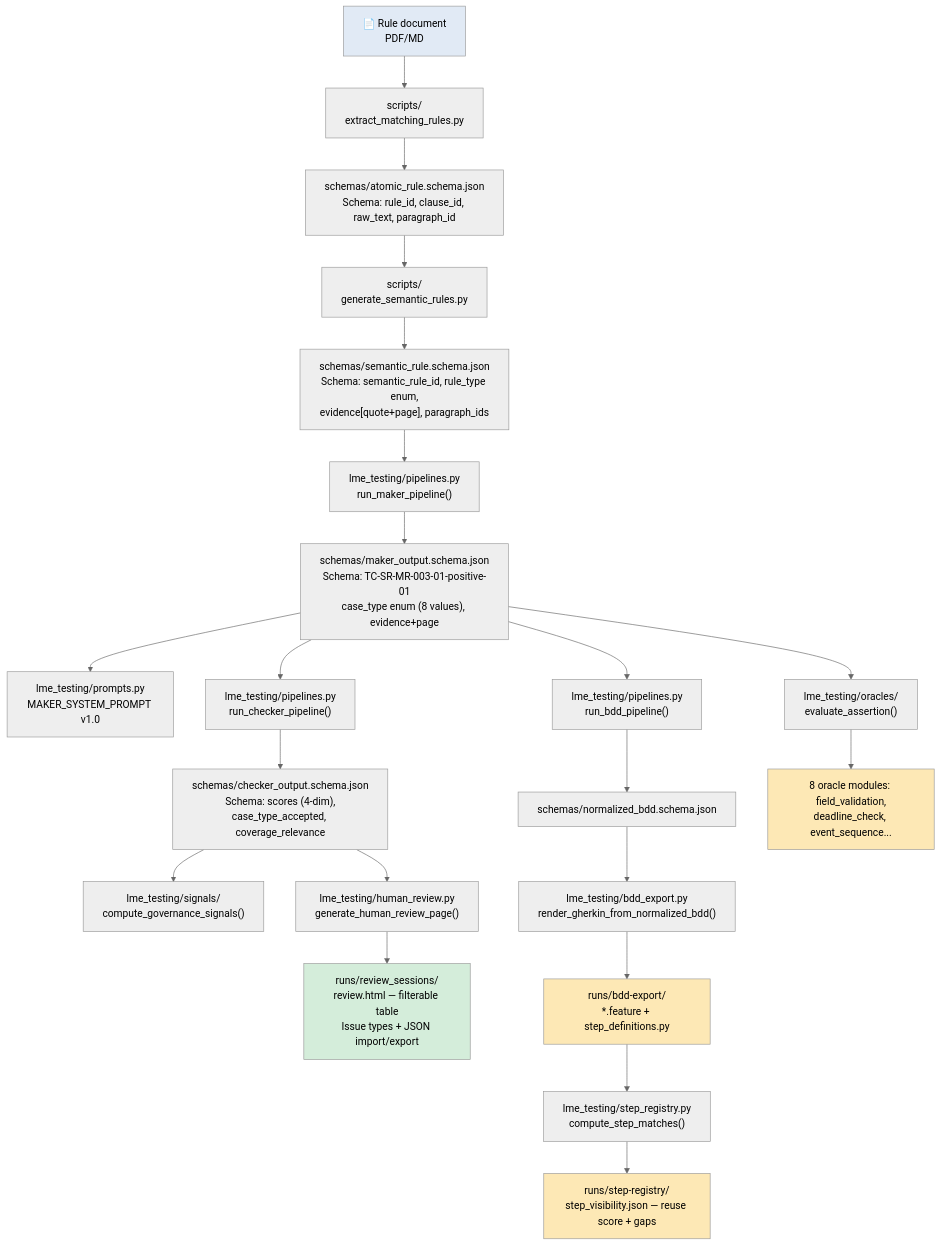
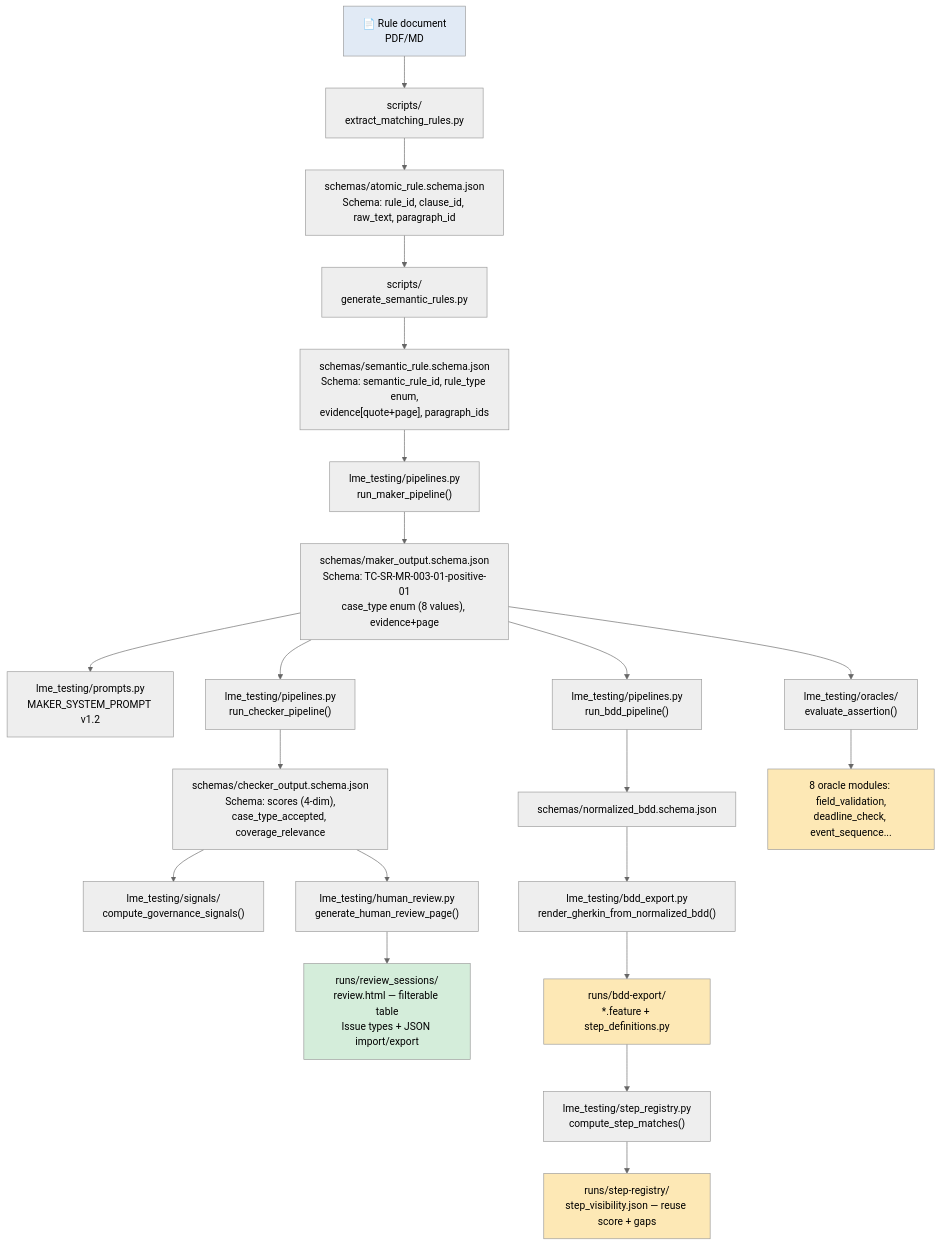
The second of 4 diagrams in docs/demo_for_boss.md (CodeFreddy/LME-Testing), drawn with Mermaid (neutral theme) before and after one commit. The commit also changed other lines of this file and 1 other file, not shown here.

````diff
--- a/docs/demo_for_boss.md
+++ b/docs/demo_for_boss.md
@@ -49,35 +49,35 @@
 ```mermaid
 flowchart TD
     %% nodes
     A["📄 Rule document<br/>PDF/MD"] --> B["scripts/<br/>extract_matching_rules.py"]
     B --> C["schemas/atomic_rule.schema.json<br/>Schema: rule_id, clause_id, raw_text, paragraph_id"]
     C --> D["scripts/<br/>generate_semantic_rules.py"]
     D --> E["schemas/semantic_rule.schema.json<br/>Schema: semantic_rule_id, rule_type enum,<br/>evidence[quote+page], paragraph_ids"]
     E --> F["lme_testing/pipelines.py<br/>run_maker_pipeline()"]
     F --> G["schemas/maker_output.schema.json<br/>Schema: TC-SR-MR-003-01-positive-01<br/>case_type enum (8 values), evidence+page"]
 
-    G --> H1["lme_testing/prompts.py<br/>MAKER_SYSTEM_PROMPT v1.0"]
+    G --> H1["lme_testing/prompts.py<br/>MAKER_SYSTEM_PROMPT v1.2"]
     G --> H2["lme_testing/pipelines.py<br/>run_checker_pipeline()"]
     H2 --> I["schemas/checker_output.schema.json<br/>Schema: scores (4-dim),<br/>case_type_accepted, coverage_relevance"]
 
     I --> J["lme_testing/signals/<br/>compute_governance_signals()"]
     I --> K["lme_testing/human_review.py<br/>generate_human_review_page()"]
     K --> L["runs/review_sessions/<br/>review.html — filterable table<br/>Issue types + JSON import/export"]
 
     G --> M["lme_testing/pipelines.py<br/>run_bdd_pipeline()"]
     M --> N["schemas/normalized_bdd.schema.json"]
     N --> O["lme_testing/bdd_export.py<br/>render_gherkin_from_normalized_bdd()"]
     O --> P["runs/bdd-export/<br/>*.feature + step_definitions.py"]
 
     P --> Q["lme_testing/step_registry.py<br/>compute_step_matches()"]
     Q --> R["runs/step-registry/<br/>step_visibility.json — reuse score + gaps"]
 
     G --> S["lme_testing/oracles/<br/>evaluate_assertion()"]
     S --> T["8 oracle modules: field_validation,<br/>deadline_check, event_sequence..."]
 
     style A fill:#e1eaf5
     style L fill:#d4edda
     style P fill:#fde8b5
     style R fill:#fde8b5
     style T fill:#fde8b5
 ```
````
